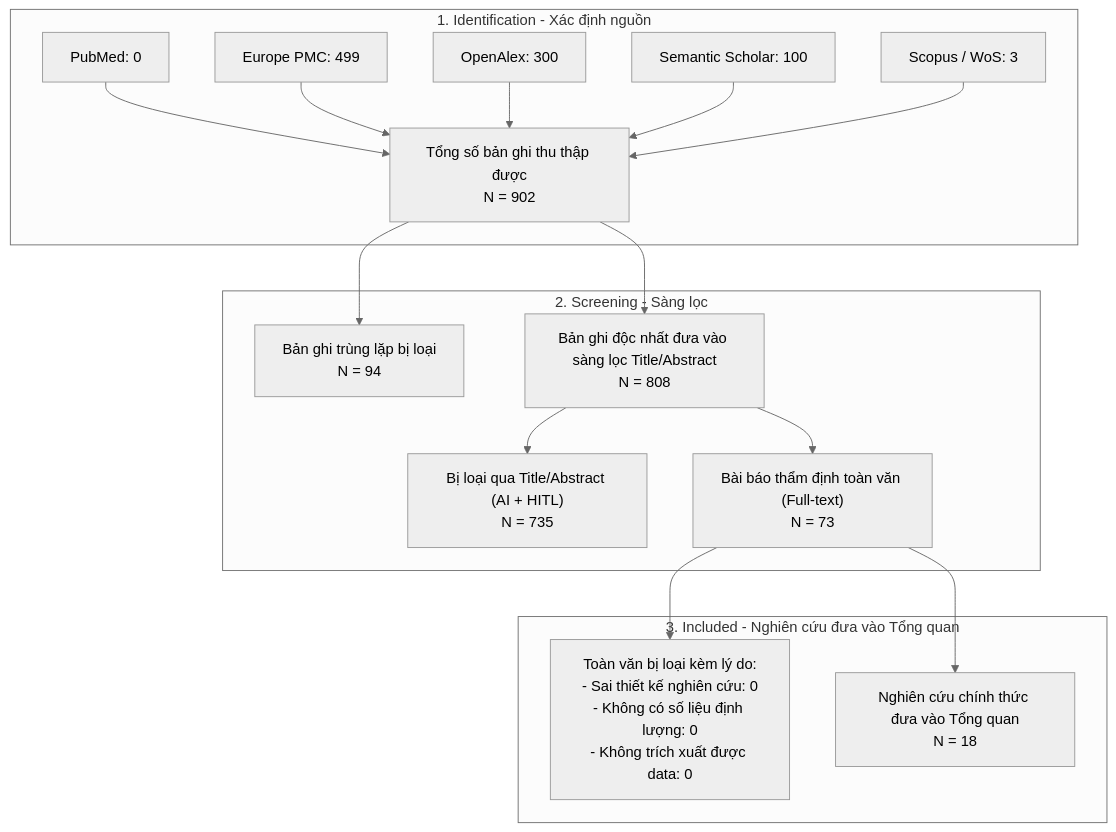
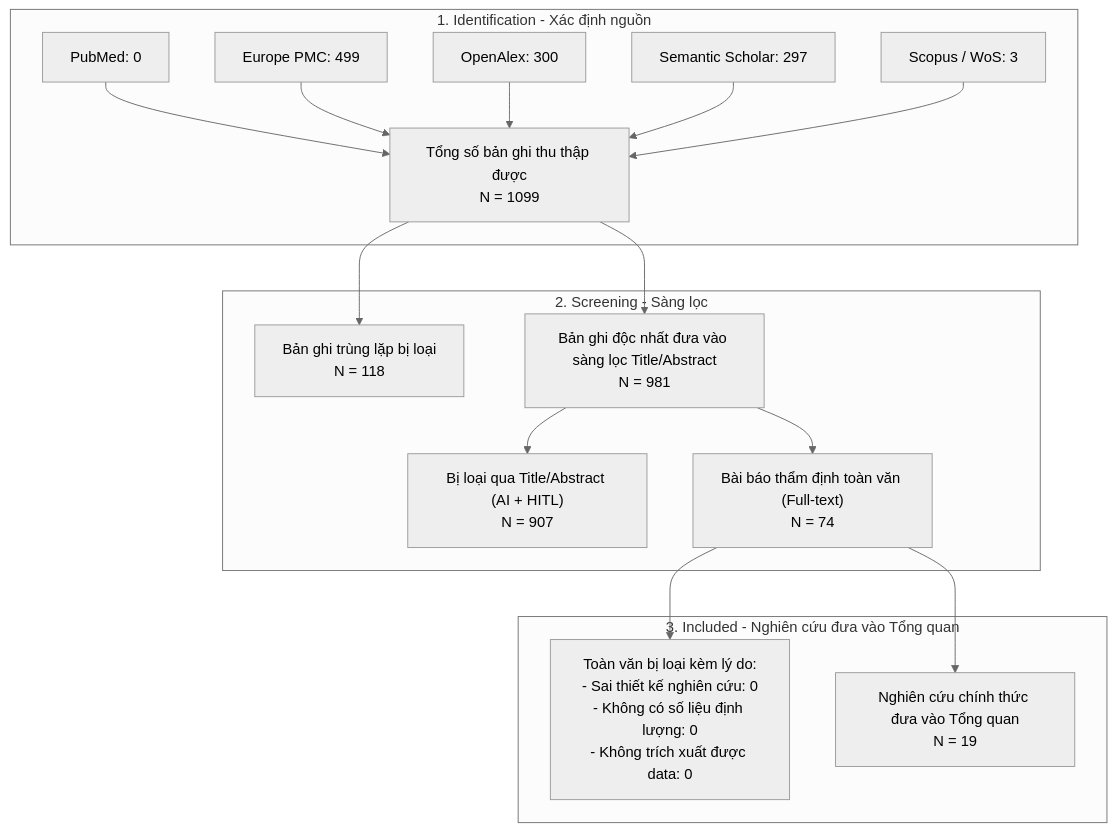
One commit to fossbk-spec/stroke-prediction changed the diagram in docs/literature/evisyn/prisma.mmd. Above: the diagram before and after it, drawn with Mermaid (neutral theme). The commit also changed 10 other files, not shown here.

First line of the commit message:
Add Semantic Scholar results and DARE-ISC as 19th core paper

```diff
--- a/docs/literature/evisyn/prisma.mmd
+++ b/docs/literature/evisyn/prisma.mmd
@@ -1,30 +1,30 @@
 flowchart TD
     subgraph IDENTIFICATION [1. Identification - Xác định nguồn]
         A1["PubMed: 0"]
         A2["Europe PMC: 499"]
         A3["OpenAlex: 300"]
-        A4["Semantic Scholar: 100"]
+        A4["Semantic Scholar: 297"]
         A5["Scopus / WoS: 3"]
-        TOTAL_ID["Tổng số bản ghi thu thập được<br>N = 902"]
+        TOTAL_ID["Tổng số bản ghi thu thập được<br>N = 1099"]
         A1 & A2 & A3 & A4 & A5 --> TOTAL_ID
     end
 
     subgraph SCREENING [2. Screening - Sàng lọc]
-        DUP["Bản ghi trùng lặp bị loại<br>N = 94"]
-        UNIQUE["Bản ghi độc nhất đưa vào sàng lọc Title/Abstract<br>N = 808"]
-        EXCLUDED["Bị loại qua Title/Abstract (AI + HITL)<br>N = 735"]
-        RETRIEVED["Bài báo thẩm định toàn văn (Full-text)<br>N = 73"]
+        DUP["Bản ghi trùng lặp bị loại<br>N = 118"]
+        UNIQUE["Bản ghi độc nhất đưa vào sàng lọc Title/Abstract<br>N = 981"]
+        EXCLUDED["Bị loại qua Title/Abstract (AI + HITL)<br>N = 907"]
+        RETRIEVED["Bài báo thẩm định toàn văn (Full-text)<br>N = 74"]
 
         TOTAL_ID --> DUP
         TOTAL_ID --> UNIQUE
         UNIQUE --> EXCLUDED
         UNIQUE --> RETRIEVED
     end
 
     subgraph INCLUDED [3. Included - Nghiên cứu đưa vào Tổng quan]
         FT_EXCLUDED["Toàn văn bị loại kèm lý do:<br>- Sai thiết kế nghiên cứu: 0<br>- Không có số liệu định lượng: 0<br>- Không trích xuất được data: 0"]
-        FINAL_INC["Nghiên cứu chính thức đưa vào Tổng quan<br>N = 18"]
+        FINAL_INC["Nghiên cứu chính thức đưa vào Tổng quan<br>N = 19"]
 
         RETRIEVED --> FT_EXCLUDED
         RETRIEVED --> FINAL_INC
     end
```
